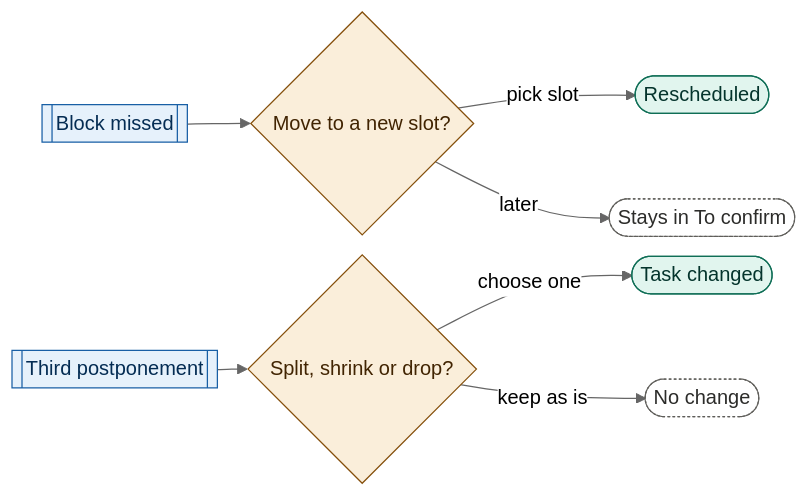
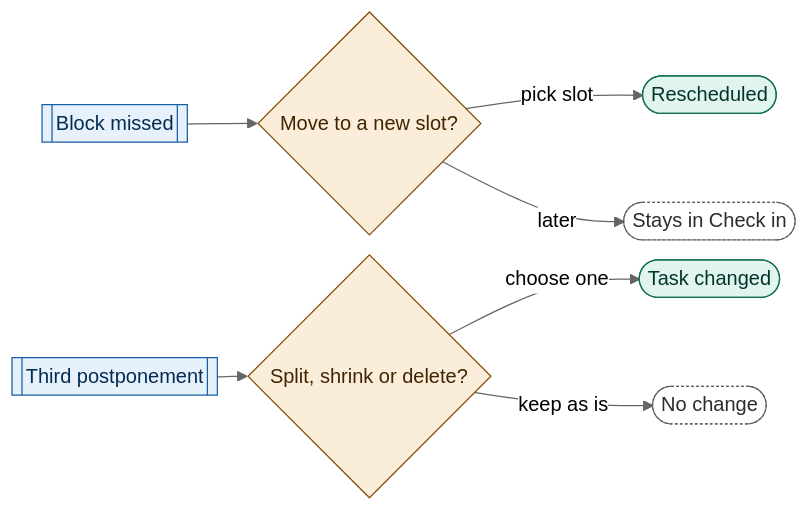
One commit to tor4/ai-planner changed the sixth of 6 diagrams in docs/design/01-user-flows/reminders-and-confirmation.md. Above: the diagram before and after it, drawn with Mermaid (neutral theme). The commit also changed other lines of this file and 14 other files, not shown here.

First line of the commit message:
Fix user flow and screen issues

````diff
--- a/docs/design/01-user-flows/reminders-and-confirmation.md
+++ b/docs/design/01-user-flows/reminders-and-confirmation.md
@@ -214,17 +224,17 @@
 ```mermaid
 %%{init: {"flowchart": {"nodeSpacing": 16, "rankSpacing": 24, "padding": 6}}}%%
 flowchart LR
   M[[Block missed]]:::sys --> P{Move to a new slot?}:::decision
   P -->|pick slot| D([Rescheduled]):::ok
-  P -->|later| E([Stays in To confirm]):::exit
-  T[[Third postponement]]:::sys --> Q{Split, shrink or drop?}:::decision
+  P -->|later| E([Stays in Check in]):::exit
+  T[[Third postponement]]:::sys --> Q{Split, shrink or delete?}:::decision
   Q -->|choose one| R([Task changed]):::ok
   Q -->|keep as is| K([No change]):::exit
   classDef step fill:#F1EFE8,stroke:#5F5E5A,color:#2C2C2A
   classDef sys fill:#E6F1FB,stroke:#185FA5,color:#042C53
   classDef ok fill:#E1F5EE,stroke:#0F6E56,color:#04342C
   classDef exit fill:#FFFFFF,stroke:#5F5E5A,color:#2C2C2A,stroke-dasharray:2 2
   classDef decision fill:#FAEEDA,stroke:#854F0B,color:#412402
   classDef state fill:#EEEDFE,stroke:#534AB7,color:#26215C,stroke-dasharray:4 3
   classDef error fill:#FAECE7,stroke:#993C1D,color:#4A1B0C,stroke-width:3px
 ```
````
